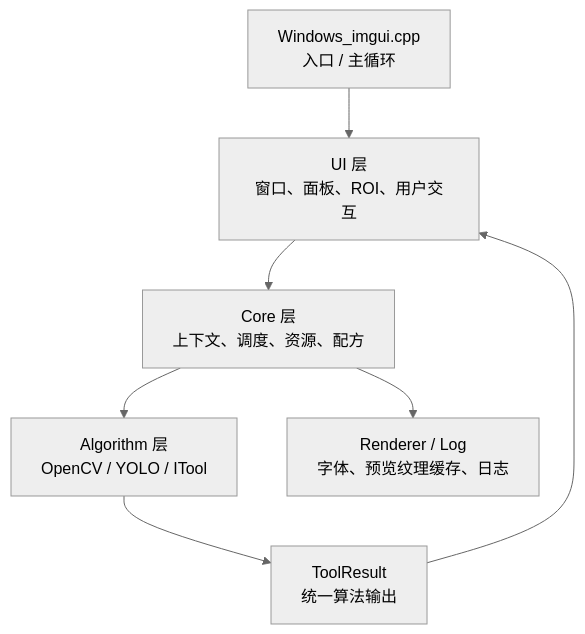
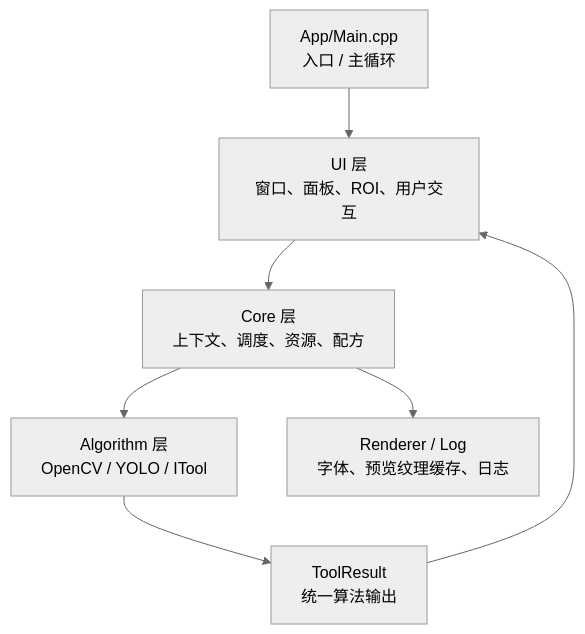
Before and after one commit to Jdkshen/IMgui_Opencv: the first of 2 diagrams in docs/CODE_STRUCTURE.md, drawn with Mermaid (neutral theme). The commit also changed other lines of this file and 111 other files, not shown here.

````diff
--- a/docs/CODE_STRUCTURE.md
+++ b/docs/CODE_STRUCTURE.md
@@ -74,9 +75,9 @@
 ```mermaid
 flowchart TD
-    A["Windows_imgui.cpp<br/>入口 / 主循环"] --> B["UI 层<br/>窗口、面板、ROI、用户交互"]
+    A["App/Main.cpp<br/>入口 / 主循环"] --> B["UI 层<br/>窗口、面板、ROI、用户交互"]
     B --> C["Core 层<br/>上下文、调度、资源、配方"]
     C --> D["Algorithm 层<br/>OpenCV / YOLO / ITool"]
     C --> E["Renderer / Log<br/>字体、预览纹理缓存、日志"]
     D --> F["ToolResult<br/>统一算法输出"]
     F --> B
 ```
````
